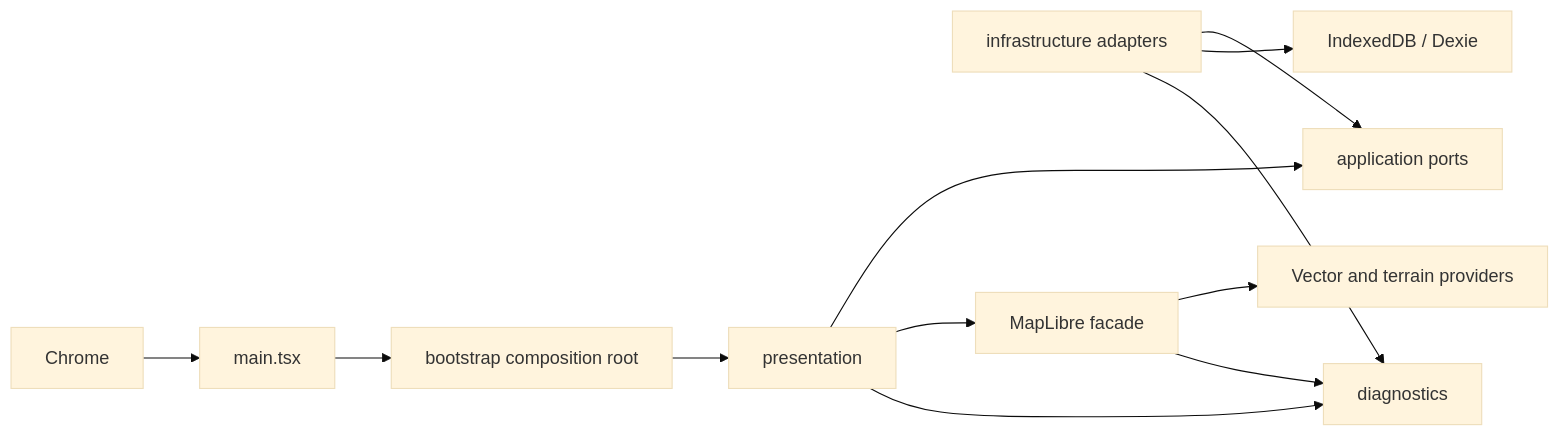
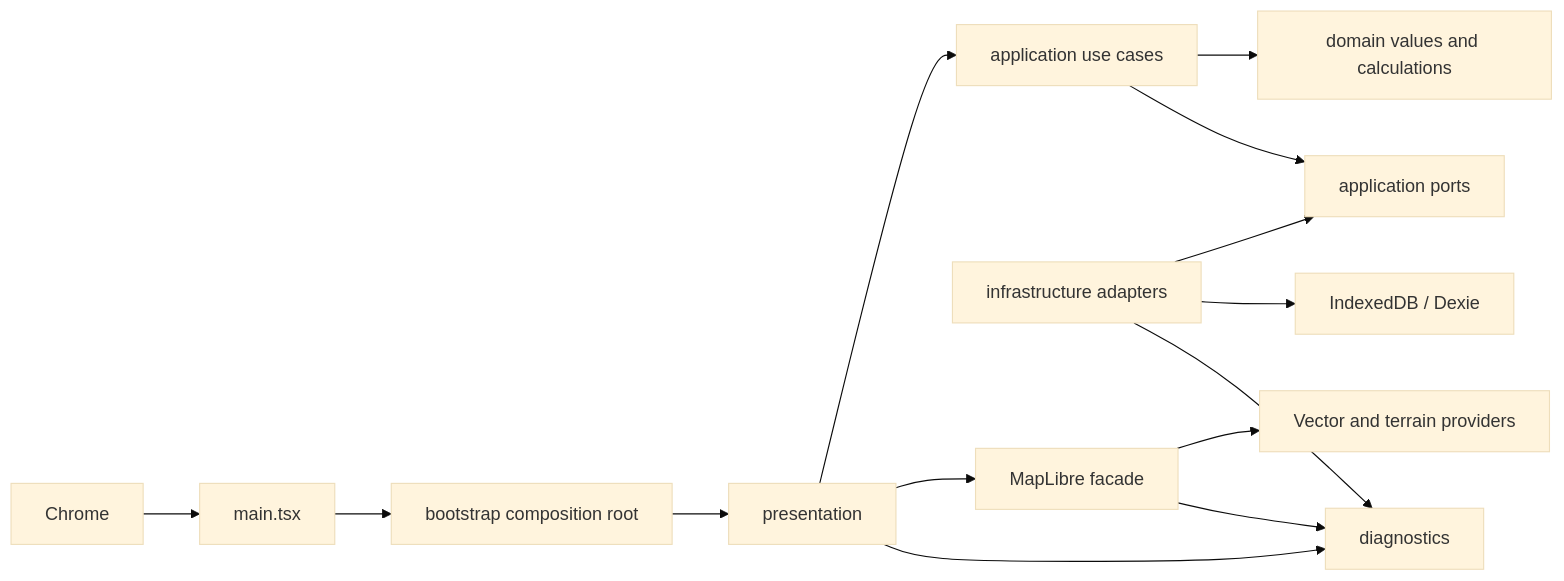
The diagram in docs/project-structure.md (bogdandm/georgia-routing-planner), drawn with Mermaid (base theme) before and after one commit. The commit also changed other lines of this file and 30 other files, not shown here.

````diff
--- a/docs/project-structure.md
+++ b/docs/project-structure.md
@@ -10,14 +10,16 @@
 ```mermaid
 flowchart LR
   Browser["Chrome"] --> Main["main.tsx"]
   Main --> Bootstrap["bootstrap composition root"]
   Bootstrap --> UI["presentation"]
-  UI --> Ports["application ports"]
+  UI --> UseCases["application use cases"]
+  UseCases --> Domain["domain values and calculations"]
+  UseCases --> Ports["application ports"]
   Infra["infrastructure adapters"] --> Ports
   UI --> MapLibre["MapLibre facade"]
   Infra --> IndexedDB["IndexedDB / Dexie"]
   MapLibre --> Providers["Vector and terrain providers"]
   UI --> Diagnostics["diagnostics"]
   Infra --> Diagnostics
   MapLibre --> Diagnostics
 ```
````
